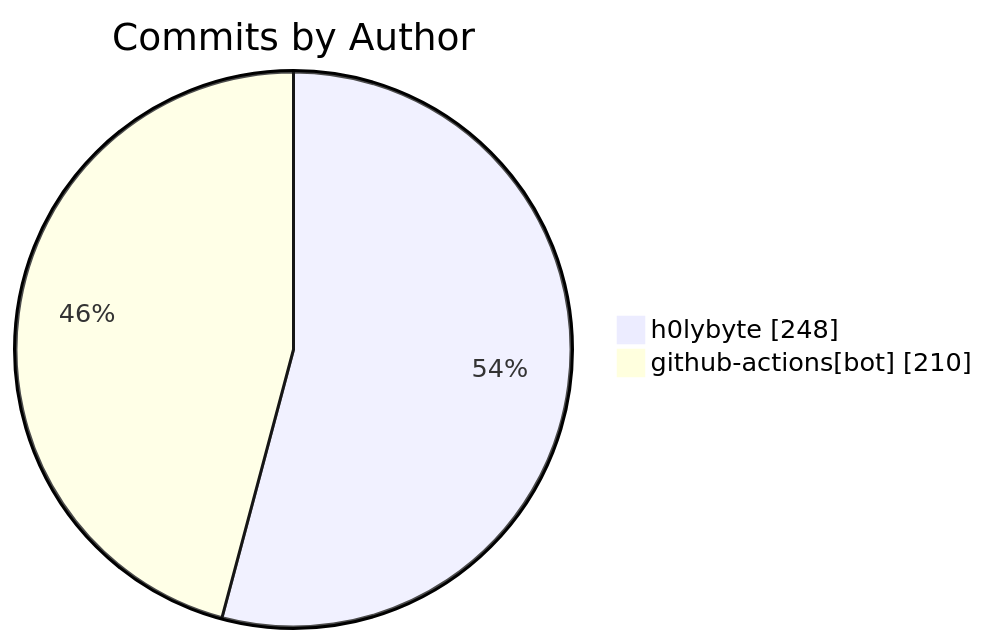
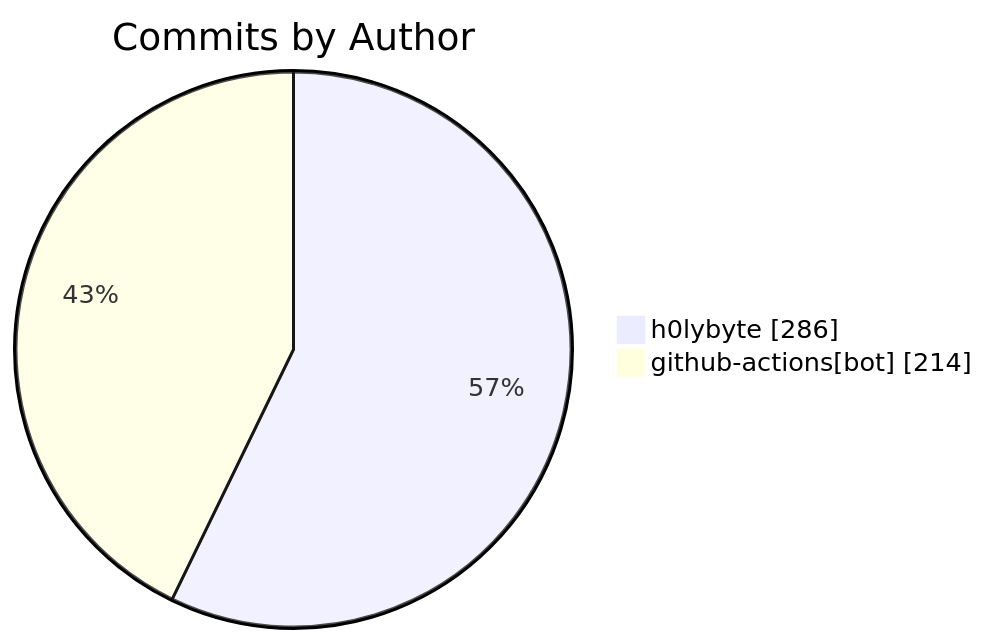
Before and after one commit to KBVE/kbve: the diagram in apps/kbve/astro-kbve/src/content/docs/dashboard/activity.mdx, drawn with Mermaid. The commit also changed other lines of this file and 1 other file, not shown here.

````diff
--- a/apps/kbve/astro-kbve/src/content/docs/dashboard/activity.mdx
+++ b/apps/kbve/astro-kbve/src/content/docs/dashboard/activity.mdx
@@ -116,6 +116,6 @@
 ```mermaid
 pie showData
     title Commits by Author
-    "h0lybyte" : 248
-    "github-actions[bot]" : 210
+    "h0lybyte" : 286
+    "github-actions[bot]" : 214
 ```
````
